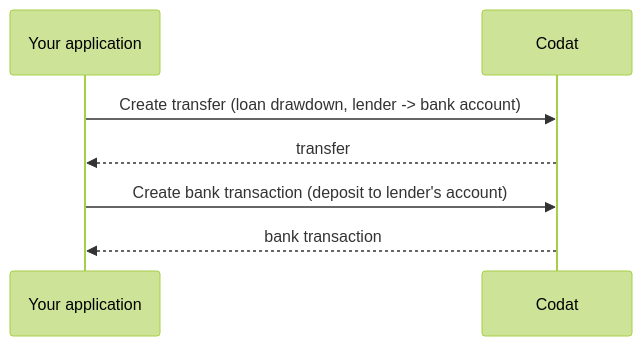
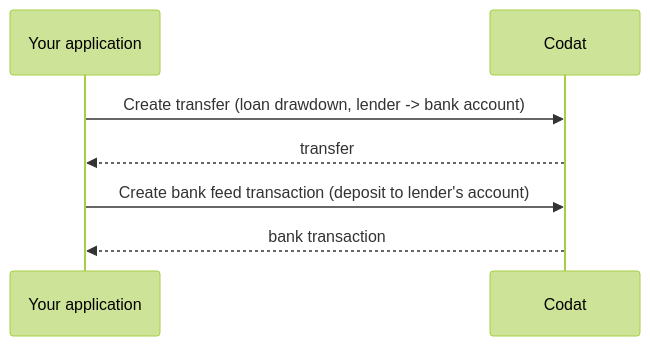
The diagram in docs/lending/guides/loan-writeback/deposit.md (codatio/codat-docs), drawn with Mermaid (forest theme) before and after one commit.

````diff
--- a/docs/lending/guides/loan-writeback/deposit.md
+++ b/docs/lending/guides/loan-writeback/deposit.md
@@ -17,11 +17,11 @@
 ```mermaid
     sequenceDiagram
         participant backend as Your application 
         participant codat as Codat
 
         backend ->> codat: Create transfer (loan drawdown, lender -> bank account)
         codat -->> backend:  transfer
 
-        backend ->> codat: Create bank transaction (deposit to lender's account)
+        backend ->> codat: Create bank feed transaction (deposit to lender's account)
         codat -->> backend: bank transaction
 ```
````
